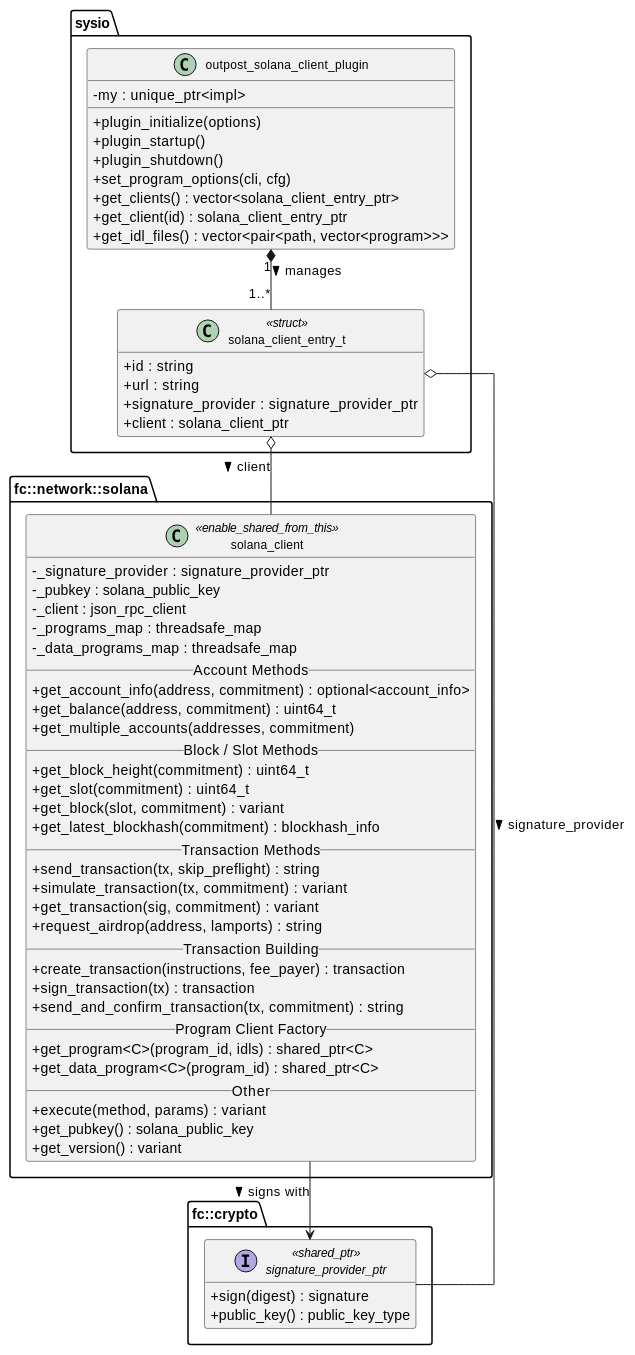
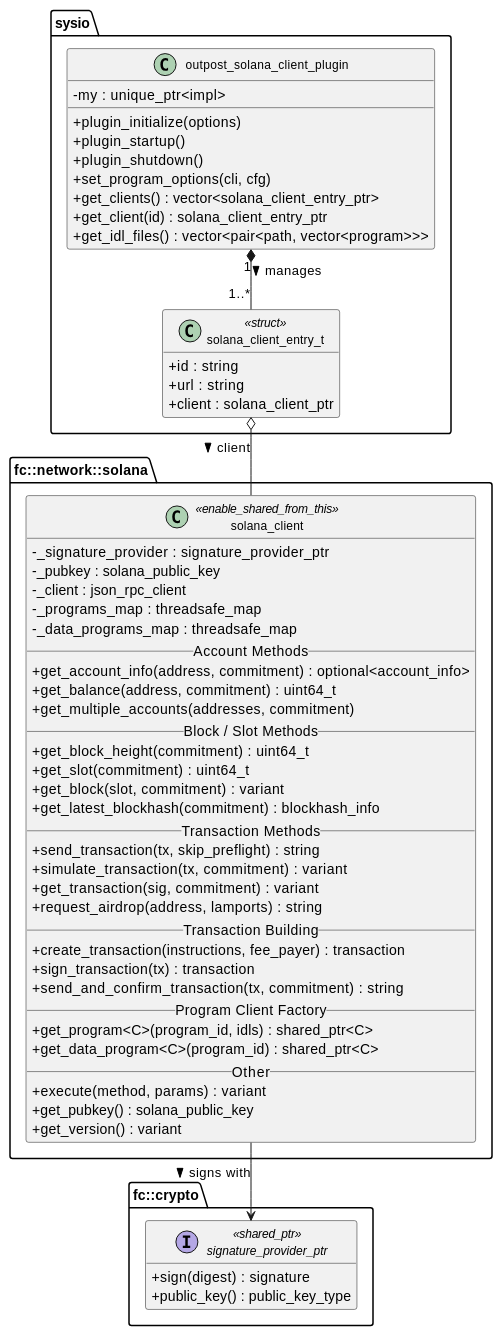
One commit to Wire-Network/wire-sysio changed the first of 4 diagrams in plugins/outpost_solana_client_plugin/README.md. Above: the diagram before and after it, drawn with PlantUML. The commit also changed other lines of this file and 10 other files, not shown here.

````diff
--- a/plugins/outpost_solana_client_plugin/README.md
+++ b/plugins/outpost_solana_client_plugin/README.md
@@ -193,79 +196,77 @@
 ```plantuml
 @startuml
 skinparam classAttributeIconSize 0
 skinparam classFontSize 12
 skinparam packageFontSize 14
 skinparam linetype ortho
 hide empty members
 
 package "sysio" {
    class outpost_solana_client_plugin {
       - my : unique_ptr<impl>
       + plugin_initialize(options)
       + plugin_startup()
       + plugin_shutdown()
       + set_program_options(cli, cfg)
       + get_clients() : vector<solana_client_entry_ptr>
       + get_client(id) : solana_client_entry_ptr
       + get_idl_files() : vector<pair<path, vector<program>>>
    }
 
    class solana_client_entry_t <<struct>> {
       + id : string
       + url : string
-      + signature_provider : signature_provider_ptr
       + client : solana_client_ptr
    }
 
    outpost_solana_client_plugin "1" *-- "1..*" solana_client_entry_t : manages >
 }
 
 package "fc::network::solana" {
    class solana_client <<enable_shared_from_this>> {
       - _signature_provider : signature_provider_ptr
       - _pubkey : solana_public_key
       - _client : json_rpc_client
       - _programs_map : threadsafe_map
       - _data_programs_map : threadsafe_map
       __Account Methods__
       + get_account_info(address, commitment) : optional<account_info>
       + get_balance(address, commitment) : uint64_t
       + get_multiple_accounts(addresses, commitment)
       __Block / Slot Methods__
       + get_block_height(commitment) : uint64_t
       + get_slot(commitment) : uint64_t
       + get_block(slot, commitment) : variant
       + get_latest_blockhash(commitment) : blockhash_info
       __Transaction Methods__
       + send_transaction(tx, skip_preflight) : string
       + simulate_transaction(tx, commitment) : variant
       + get_transaction(sig, commitment) : variant
       + request_airdrop(address, lamports) : string
       __Transaction Building__
       + create_transaction(instructions, fee_payer) : transaction
       + sign_transaction(tx) : transaction
       + send_and_confirm_transaction(tx, commitment) : string
       __Program Client Factory__
       + get_program<C>(program_id, idls) : shared_ptr<C>
       + get_data_program<C>(program_id) : shared_ptr<C>
       __Other__
       + execute(method, params) : variant
       + get_pubkey() : solana_public_key
       + get_version() : variant
    }
 
    solana_client_entry_t o-- solana_client : client >
 }
 
 package "fc::crypto" {
    interface signature_provider_ptr <<shared_ptr>> {
       + sign(digest) : signature
       + public_key() : public_key_type
    }
 }
 
-solana_client_entry_t o-- signature_provider_ptr : signature_provider >
 solana_client --> signature_provider_ptr : signs with >
 
 @enduml
 ```
````
